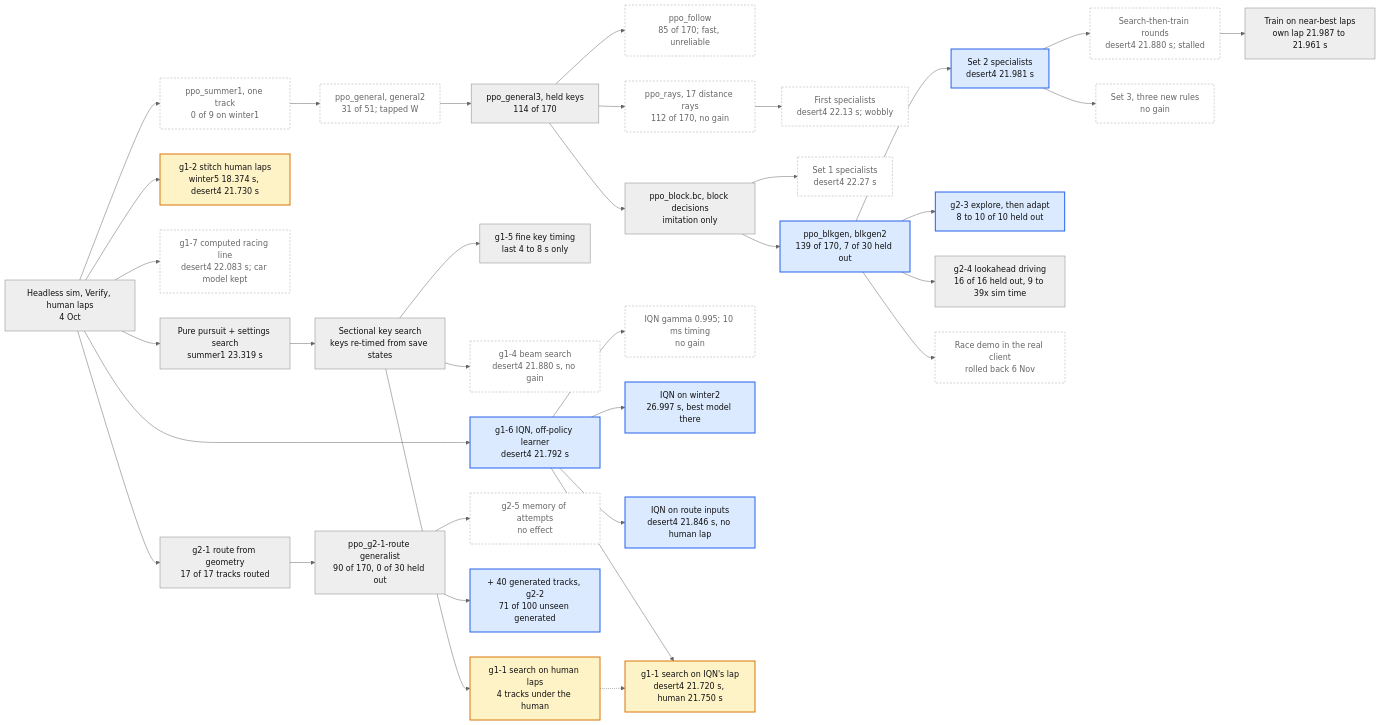
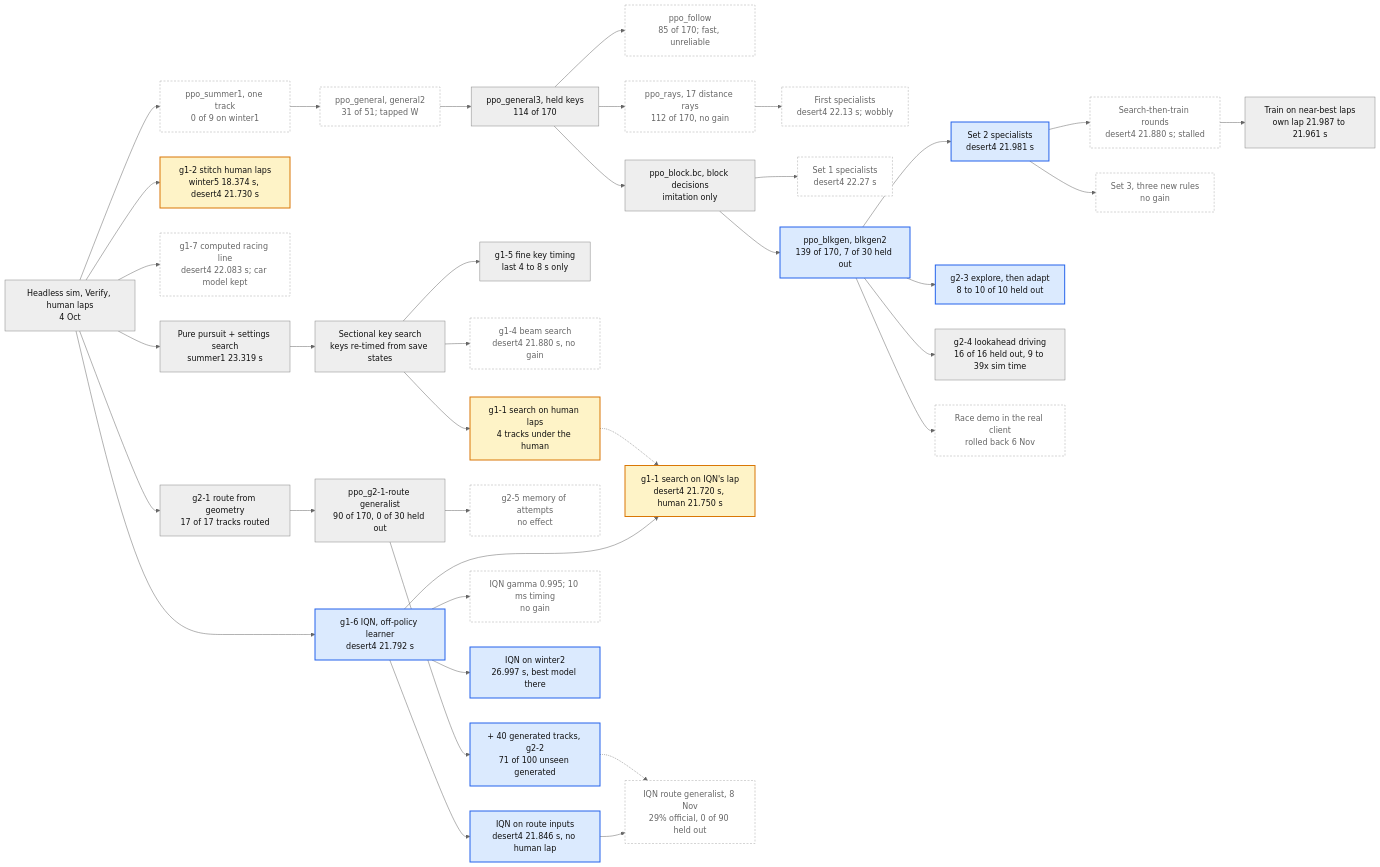
One commit to henrychen4736/Polytrack-ML changed the diagram in docs/idea-tree.md. Above: the diagram before and after it, drawn with Mermaid (neutral theme). The commit also changed other lines of this file and 17 other files, not shown here.

First line of the commit message:
IQN route generalist overnight run, results and docs; ideas-to-try list

````diff
--- a/docs/idea-tree.md
+++ b/docs/idea-tree.md
@@ -63,6 +63,7 @@
   iqnw2["IQN on winter2<br/>26.997 s, best model there"]
   iqnr["IQN on route inputs<br/>desert4 21.846 s, no human lap"]
   iqns["g1-1 search on IQN's lap<br/>desert4 21.720 s, human 21.750 s"]
+  iqngen["IQN route generalist, 8 Nov<br/>29% official, 0 of 90 held out"]
 
   root --> pursuit --> sect
   sect --> g11
@@ -91,6 +92,8 @@
   iqn --> iqnr
   iqn --> iqns
   g11 -.-> iqns
+  iqnr --> iqngen
+  rgen2 -.-> iqngen
 
   classDef use fill:#dbeafe,stroke:#2563eb,stroke-width:2px,color:#111
   classDef fed fill:#eeeeee,stroke:#888,color:#111
@@ -99,6 +102,6 @@
 
   class blkgen,set2,g23,rgen2,iqn,iqnw2,iqnr use
   class root,pursuit,sect,g15,gen3,block,cand,g24,route,rgen fed
-  class g14,g17,ppo1,gen,follow,rays,spec,blk1,srt,set3,race,mem,iqnvar drop
+  class g14,g17,ppo1,gen,follow,rays,spec,blk1,srt,set3,race,mem,iqnvar,iqngen drop
   class g11,g12,iqns beat
 ```
````
